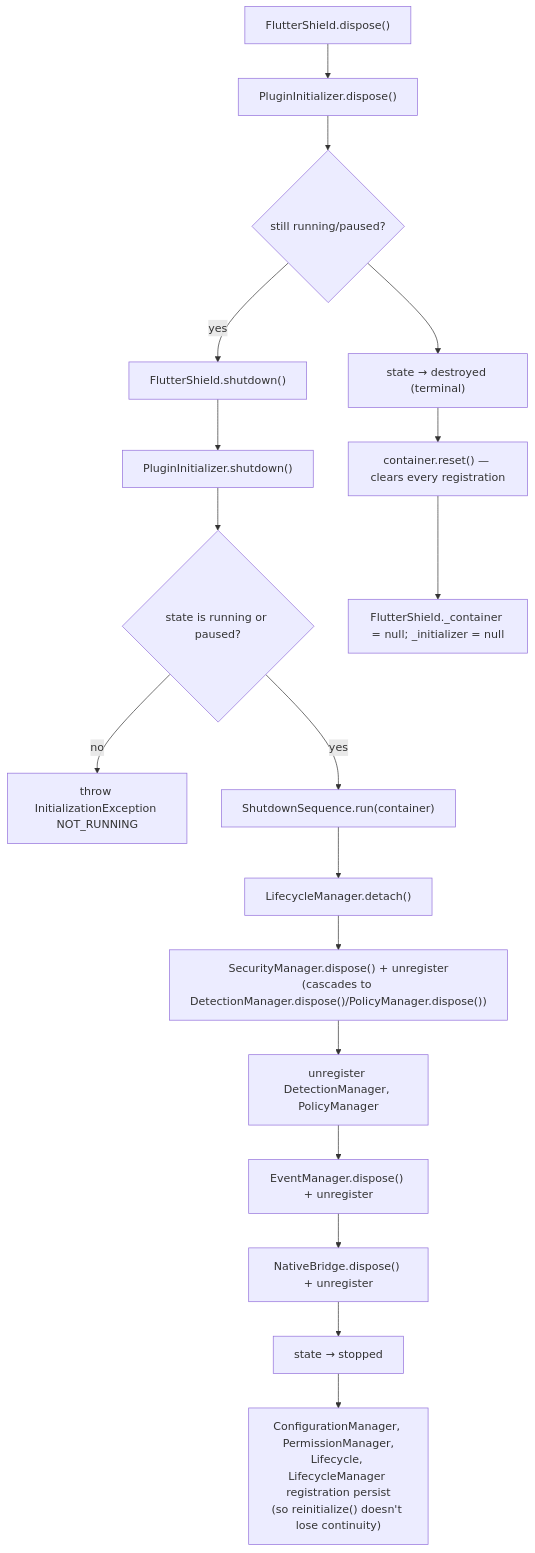
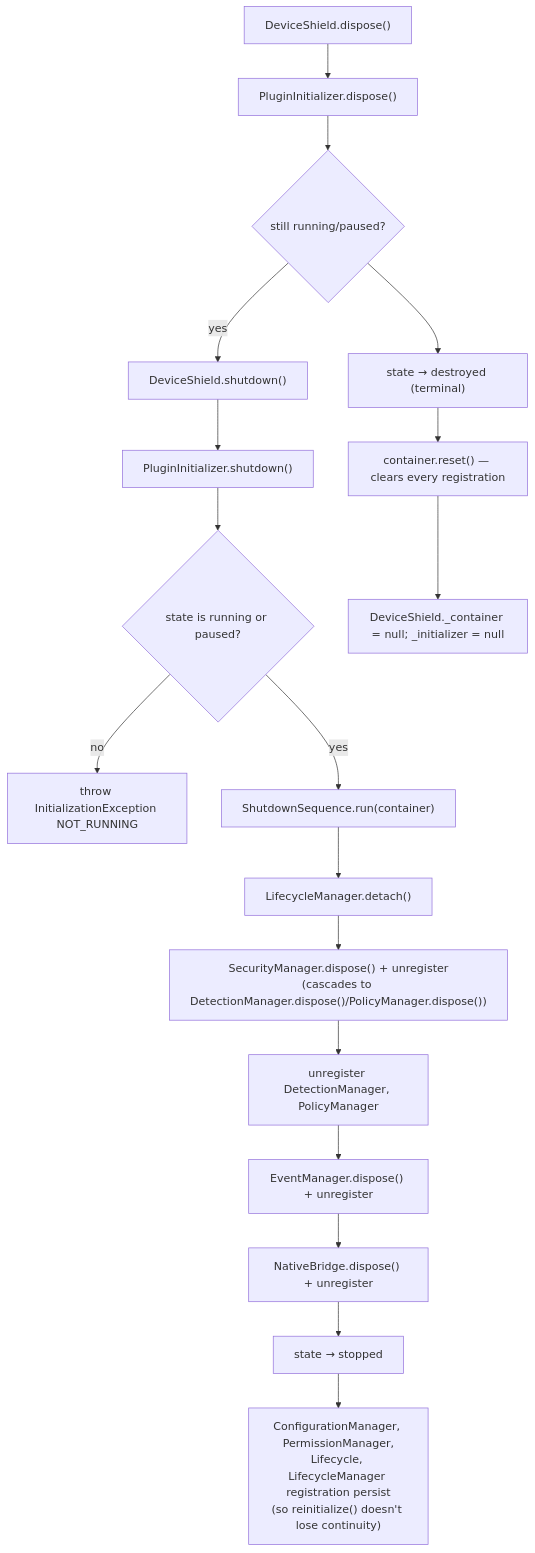
The seventh of 7 diagrams in PLUGIN_FLOW_TRACE.md (Vikaskumar75/device-shield), drawn with Mermaid before and after one commit. The commit also changed other lines of this file and 225 other files, not shown here.

First line of the commit message:
Add documentation for device_shield including FAQ, troubleshooting, installation, and platform setup

````diff
--- a/PLUGIN_FLOW_TRACE.md
+++ b/PLUGIN_FLOW_TRACE.md
@@ -307,21 +307,21 @@
 ```mermaid
 flowchart TD
-    SD["FlutterShield.shutdown()"] --> PI_SD["PluginInitializer.shutdown()"]
+    SD["DeviceShield.shutdown()"] --> PI_SD["PluginInitializer.shutdown()"]
     PI_SD --> CHECK{"state is running or paused?"}
     CHECK -->|no| THROW["throw InitializationException NOT_RUNNING"]
     CHECK -->|yes| RUN["ShutdownSequence.run(container)"]
     RUN --> R1["LifecycleManager.detach()"]
     R1 --> R2["SecurityManager.dispose() + unregister\n(cascades to DetectionManager.dispose()/PolicyManager.dispose())"]
     R2 --> R3["unregister DetectionManager, PolicyManager"]
     R3 --> R4["EventManager.dispose() + unregister"]
     R4 --> R5["NativeBridge.dispose() + unregister"]
     R5 --> R6["state → stopped"]
     R6 --> NOTE["ConfigurationManager, PermissionManager,\nLifecycle, LifecycleManager registration persist\n(so reinitialize() doesn't lose continuity)"]
 
-    DIS["FlutterShield.dispose()"] --> PI_DIS["PluginInitializer.dispose()"]
+    DIS["DeviceShield.dispose()"] --> PI_DIS["PluginInitializer.dispose()"]
     PI_DIS --> DCHECK{"still running/paused?"}
     DCHECK -->|yes| SD
     DCHECK --> DTRANS["state → destroyed (terminal)"]
     DTRANS --> DRESET["container.reset() — clears every registration"]
-    DRESET --> DCLEAR["FlutterShield._container = null; _initializer = null"]
+    DRESET --> DCLEAR["DeviceShield._container = null; _initializer = null"]
 ```
````
